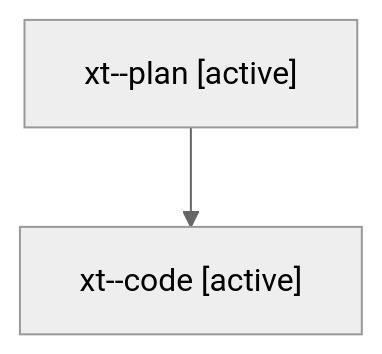
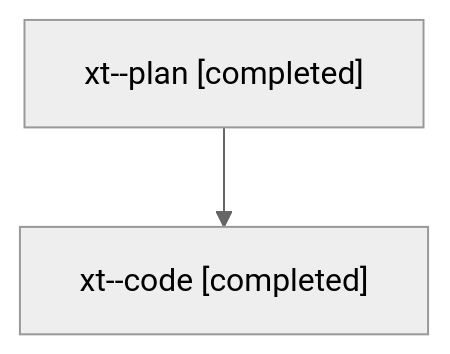
One commit to sase-org/sase--agents changed the diagram in families/bbugyi200.athena.xt.md. Above: the diagram before and after it, drawn with Mermaid (neutral theme). The commit also changed other lines of this file and 51 other files, not shown here.

````diff
--- a/families/bbugyi200.athena.xt.md
+++ b/families/bbugyi200.athena.xt.md
@@ -9,6 +9,6 @@
 ```mermaid
 flowchart TD
-  n0["xt--plan [active]"]
-  n1["xt--code [active]"]
+  n0["xt--plan [completed]"]
+  n1["xt--code [completed]"]
   n0 --> n1
 ```
````
